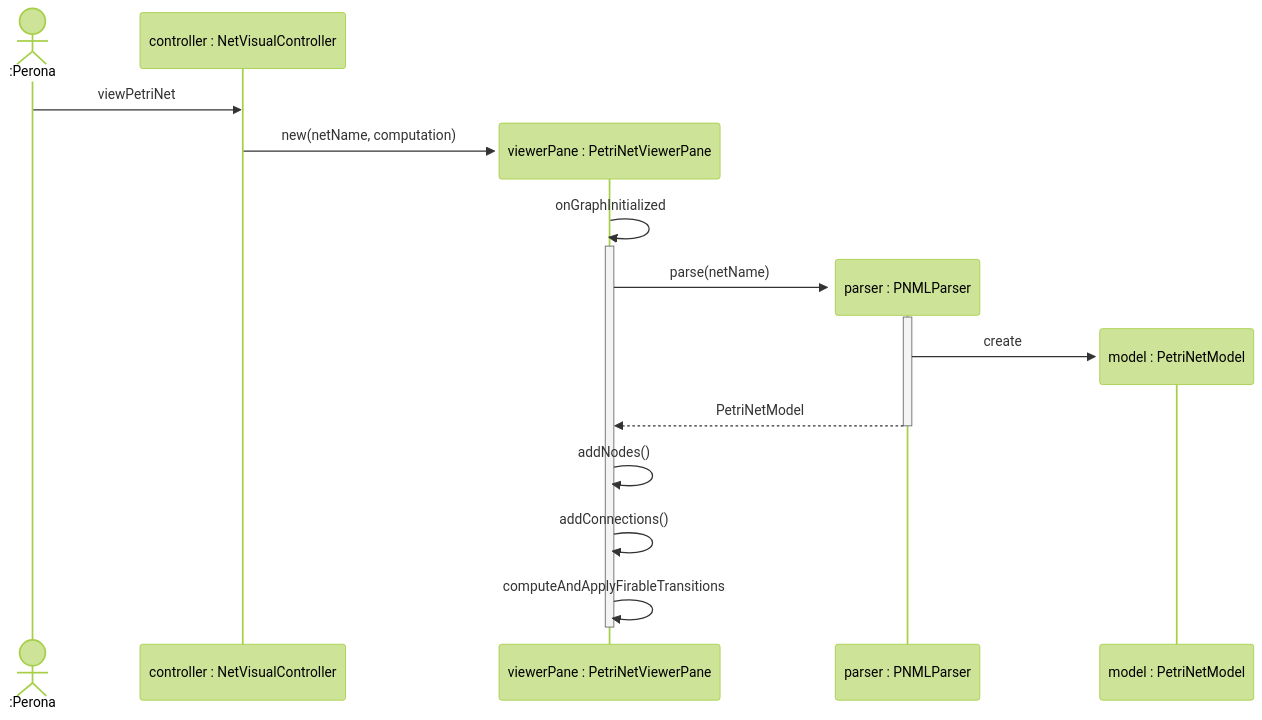
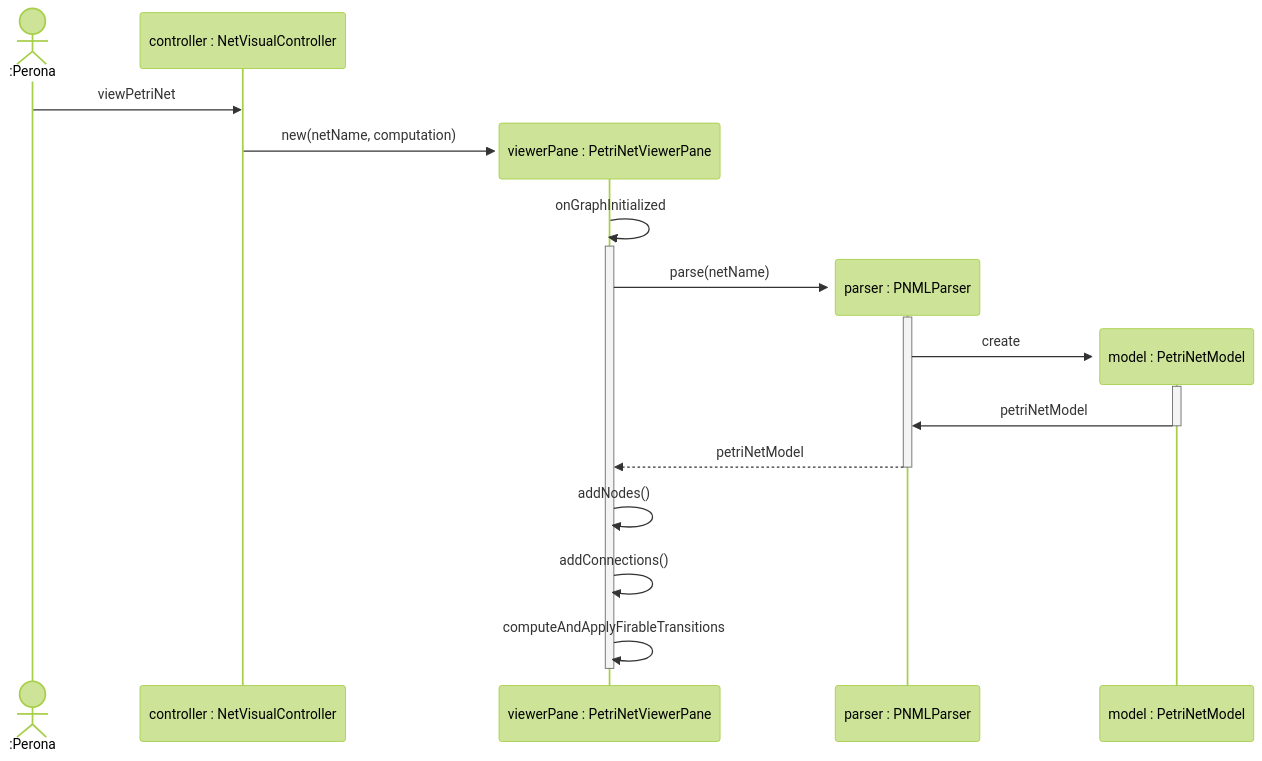
The diagram in docs/petri-net/sequence diagram/sequence_init_viewer_pane.mmd (alessio-vivaldelli/PetriHub), drawn with Mermaid (forest theme) before and after one commit. The commit also changed 6 other files, not shown here.

Commit message:
add sequence diagrams and refactor notification handling for computation steps

```diff
--- a/docs/petri-net/sequence diagram/sequence_init_viewer_pane.mmd
+++ b/docs/petri-net/sequence diagram/sequence_init_viewer_pane.mmd
@@ -1,20 +1,21 @@
 sequenceDiagram
     actor Persona as :Perona
     participant Controller as controller : NetVisualController
 
 
     Persona->>Controller:viewPetriNet
     create participant Pane as viewerPane : PetriNetViewerPane
     Controller->>Pane: new(netName, computation)
     Pane->>+Pane: onGraphInitialized
     create participant Parser as parser : PNMLParser
     Pane->>+Parser: parse(netName)
     create participant Model as model : PetriNetModel
-    Parser->>Model: create
+    Parser->>+Model: create
+    Model->>-Parser:petriNetModel
 
-    Parser-->>-Pane: PetriNetModel
+    Parser-->>-Pane: petriNetModel
     Pane->>Pane: addNodes()
     Pane->>Pane: addConnections()
 
     Pane->>Pane: computeAndApplyFirableTransitions
     deactivate Pane
```
